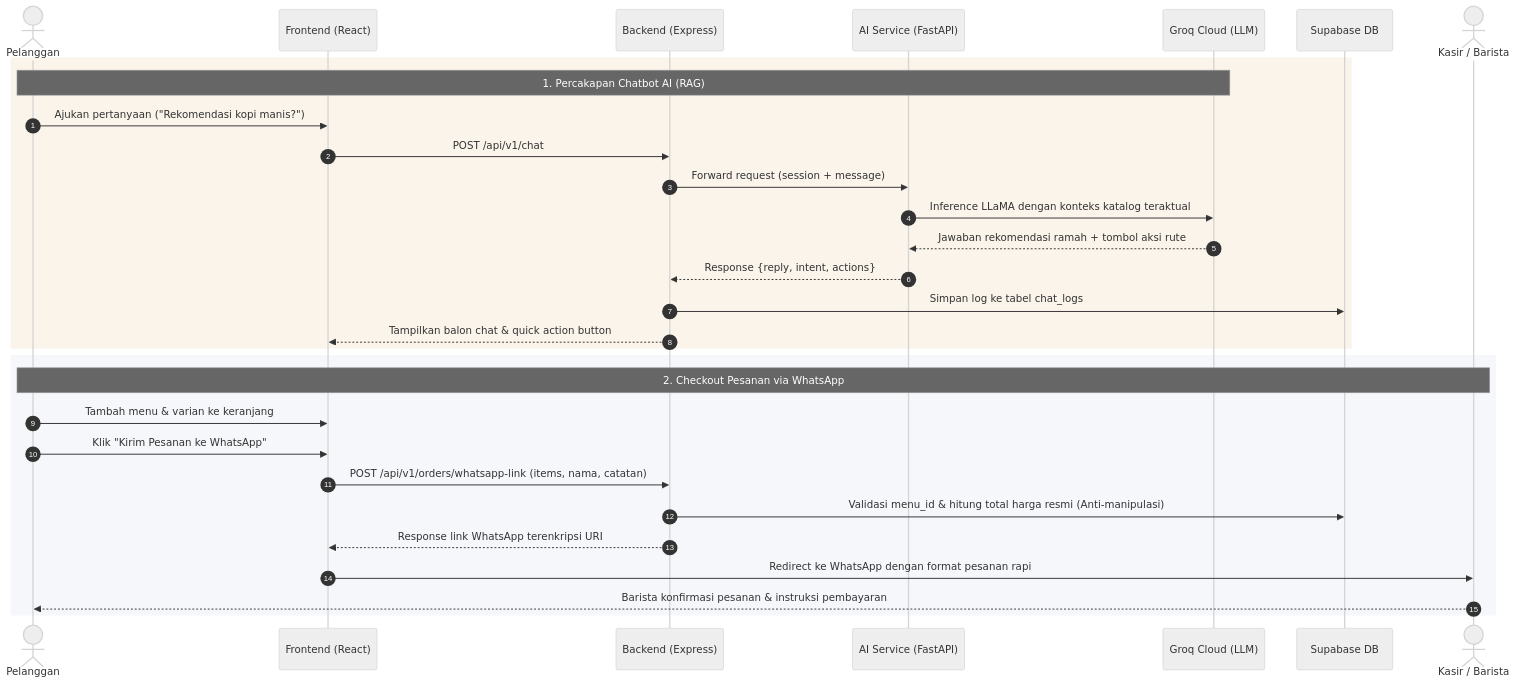
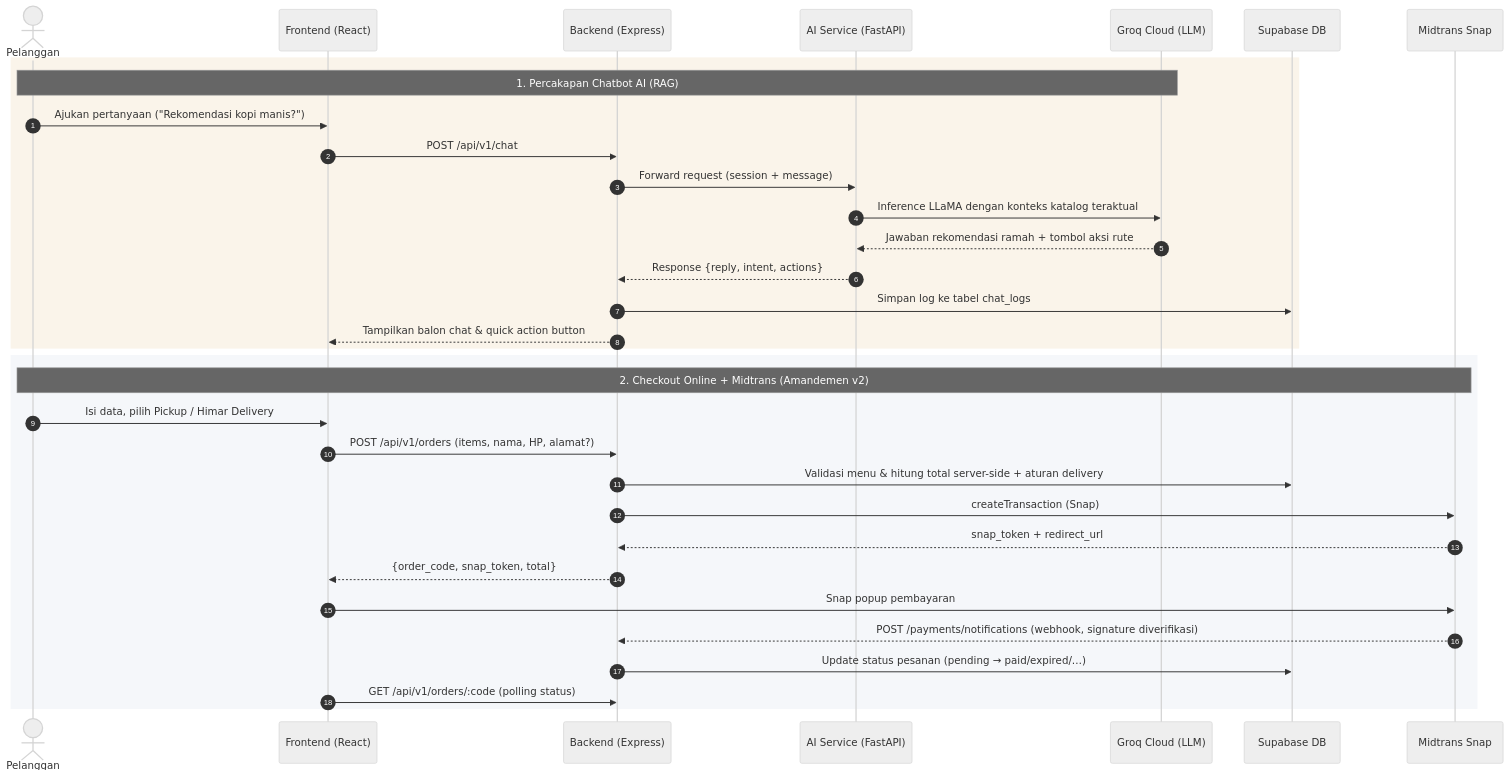
The second of 2 diagrams in README.md (andrebaik/Himar-Coffee), drawn with Mermaid (neutral theme) before and after one commit. The commit also changed other lines of this file and 26 other files, not shown here.

First line of the commit message:
feat(checkout): checkout online + Himar Delivery dengan pembayaran Midtrans Snap (amandemen v2)

````diff
--- a/README.md
+++ b/README.md
@@ -90,34 +95,37 @@
 ```mermaid
 sequenceDiagram
     autonumber
     actor Pelanggan as  Pelanggan
     participant Web as  Frontend (React)
     participant API as  Backend (Express)
     participant AI as  AI Service (FastAPI)
     participant Groq as  Groq Cloud (LLM)
     participant DB as  Supabase DB
-    actor Kasir as  Kasir / Barista
+    participant MT as  Midtrans Snap
 
     rect rgb(250, 244, 234)
     note over Pelanggan, Groq: 1. Percakapan Chatbot AI (RAG)
     Pelanggan->>Web: Ajukan pertanyaan ("Rekomendasi kopi manis?")
     Web->>API: POST /api/v1/chat
     API->>AI: Forward request (session + message)
     AI->>Groq: Inference LLaMA dengan konteks katalog teraktual
     Groq-->>AI: Jawaban rekomendasi ramah + tombol aksi rute
     AI-->>API: Response {reply, intent, actions}
     API->>DB: Simpan log ke tabel chat_logs
     API-->>Web: Tampilkan balon chat & quick action button
     end
 
     rect rgb(245, 247, 250)
-    note over Pelanggan, Kasir: 2. Checkout Pesanan via WhatsApp
-    Pelanggan->>Web: Tambah menu & varian ke keranjang
-    Pelanggan->>Web: Klik "Kirim Pesanan ke WhatsApp"
-    Web->>API: POST /api/v1/orders/whatsapp-link (items, nama, catatan)
-    API->>DB: Validasi menu_id & hitung total harga resmi (Anti-manipulasi)
-    API-->>Web: Response link WhatsApp terenkripsi URI
-    Web->>Kasir: Redirect ke WhatsApp dengan format pesanan rapi
-    Kasir-->>Pelanggan: Barista konfirmasi pesanan & instruksi pembayaran
+    note over Pelanggan, MT: 2. Checkout Online + Midtrans (Amandemen v2)
+    Pelanggan->>Web: Isi data, pilih Pickup / Himar Delivery
+    Web->>API: POST /api/v1/orders (items, nama, HP, alamat?)
+    API->>DB: Validasi menu & hitung total server-side + aturan delivery
+    API->>MT: createTransaction (Snap)
+    MT-->>API: snap_token + redirect_url
+    API-->>Web: {order_code, snap_token, total}
+    Web->>MT: Snap popup pembayaran
+    MT-->>API: POST /payments/notifications (webhook, signature diverifikasi)
+    API->>DB: Update status pesanan (pending → paid/expired/…)
+    Web->>API: GET /api/v1/orders/:code (polling status)
     end
 ```
````
